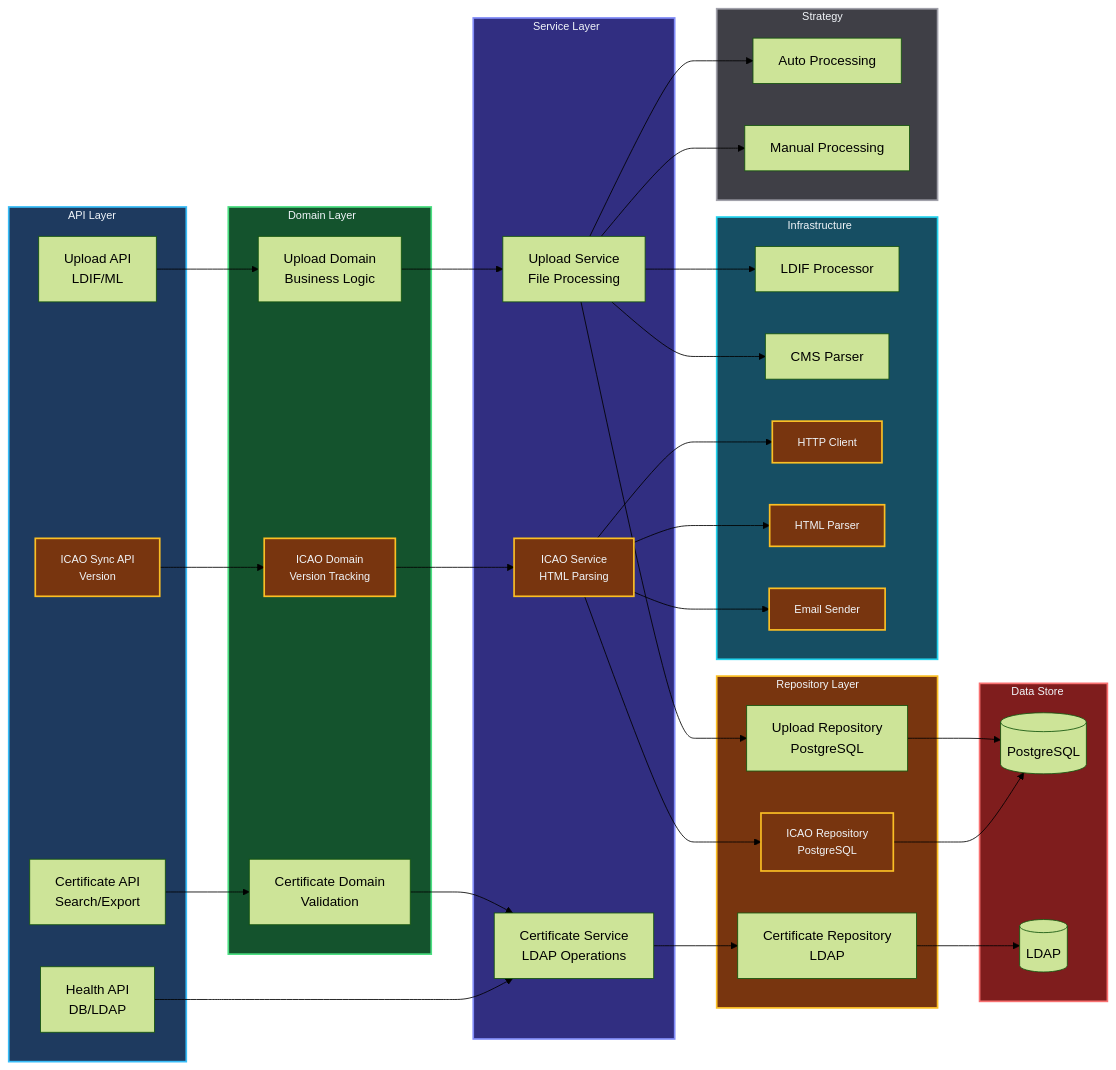
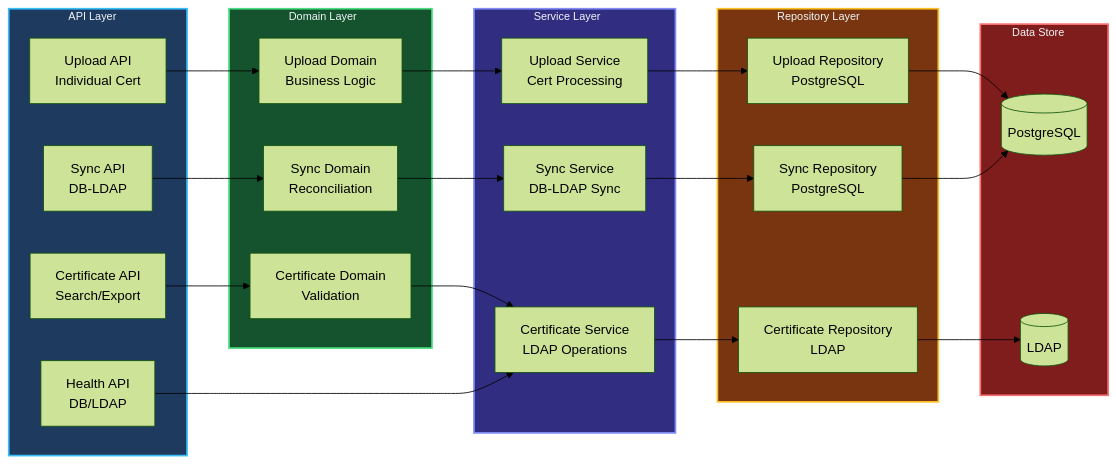
Before and after one commit to iland112/icao-local-pkd-cpp: the second of 17 diagrams in docs/ARCHITECTURE.md, drawn with Mermaid (forest theme). The commit also changed other lines of this file and 6 other files, not shown here.

````diff
--- a/docs/ARCHITECTURE.md
+++ b/docs/ARCHITECTURE.md
@@ -287,79 +288,47 @@
 ```mermaid
 flowchart LR
     subgraph API["API Layer"]
-        Upload["Upload API<br/>LDIF/ML"]
+        Upload["Upload API<br/>Individual Cert"]
         Cert["Certificate API<br/>Search/Export"]
         Health["Health API<br/>DB/LDAP"]
-        ICAO["ICAO Sync API<br/>Version"]
+        Sync["Sync API<br/>DB-LDAP"]
     end
 
     subgraph Domain["Domain Layer"]
         UploadDomain["Upload Domain<br/>Business Logic"]
         CertDomain["Certificate Domain<br/>Validation"]
-        IcaoDomain["ICAO Domain<br/>Version Tracking"]
+        SyncDomain["Sync Domain<br/>Reconciliation"]
     end
 
     subgraph Service["Service Layer"]
-        UploadService["Upload Service<br/>File Processing"]
+        UploadService["Upload Service<br/>Cert Processing"]
         CertService["Certificate Service<br/>LDAP Operations"]
-        IcaoService["ICAO Service<br/>HTML Parsing"]
+        SyncService["Sync Service<br/>DB-LDAP Sync"]
     end
 
     subgraph Repo["Repository Layer"]
         UploadRepo["Upload Repository<br/>PostgreSQL"]
         CertRepo["Certificate Repository<br/>LDAP"]
-        IcaoRepo["ICAO Repository<br/>PostgreSQL"]
-    end
-
-    subgraph Infra["Infrastructure"]
-        LDIF["LDIF Processor"]
-        CMS["CMS Parser"]
-        HTTP["HTTP Client"]
-        HTML["HTML Parser"]
-        Email["Email Sender"]
-    end
-
-    subgraph Strategy["Strategy"]
-        Auto["Auto Processing"]
-        Manual["Manual Processing"]
+        SyncRepo["Sync Repository<br/>PostgreSQL"]
     end
 
     subgraph Data["Data Store"]
         DB[("PostgreSQL")]
         LDAPS[("LDAP")]
     end
 
     Upload --> UploadDomain --> UploadService --> UploadRepo
     Cert --> CertDomain --> CertService --> CertRepo
-    ICAO --> IcaoDomain --> IcaoService --> IcaoRepo
+    Sync --> SyncDomain --> SyncService --> SyncRepo
     Health --> CertService
-
-    UploadService --> LDIF
-    UploadService --> CMS
-    UploadService --> Auto
-    UploadService --> Manual
-
-    IcaoService --> HTTP
-    IcaoService --> HTML
-    IcaoService --> Email
 
     UploadRepo --> DB
     CertRepo --> LDAPS
-    IcaoRepo --> DB
+    SyncRepo --> DB
 
     style API fill:#1e3a5f,stroke:#38bdf8,stroke-width:2px,color:#f1f5f9,font-size:13px
     style Domain fill:#14532d,stroke:#4ade80,stroke-width:2px,color:#f1f5f9,font-size:13px
     style Service fill:#312e81,stroke:#818cf8,stroke-width:2px,color:#f1f5f9,font-size:13px
     style Repo fill:#78350f,stroke:#fbbf24,stroke-width:2px,color:#f1f5f9,font-size:13px
-    style Infra fill:#164e63,stroke:#22d3ee,stroke-width:2px,color:#f1f5f9,font-size:13px
-    style Strategy fill:#3f3f46,stroke:#a1a1aa,stroke-width:2px,color:#f1f5f9,font-size:13px
     style Data fill:#7f1d1d,stroke:#f87171,stroke-width:2px,color:#f1f5f9,font-size:13px
-
-    style ICAO fill:#78350f,stroke:#fbbf24,stroke-width:2px,color:#f1f5f9,font-size:13px
-    style IcaoDomain fill:#78350f,stroke:#fbbf24,stroke-width:2px,color:#f1f5f9,font-size:13px
-    style IcaoService fill:#78350f,stroke:#fbbf24,stroke-width:2px,color:#f1f5f9,font-size:13px
-    style IcaoRepo fill:#78350f,stroke:#fbbf24,stroke-width:2px,color:#f1f5f9,font-size:13px
-    style HTTP fill:#78350f,stroke:#fbbf24,stroke-width:2px,color:#f1f5f9,font-size:13px
-    style HTML fill:#78350f,stroke:#fbbf24,stroke-width:2px,color:#f1f5f9,font-size:13px
-    style Email fill:#78350f,stroke:#fbbf24,stroke-width:2px,color:#f1f5f9,font-size:13px
 ```
````
